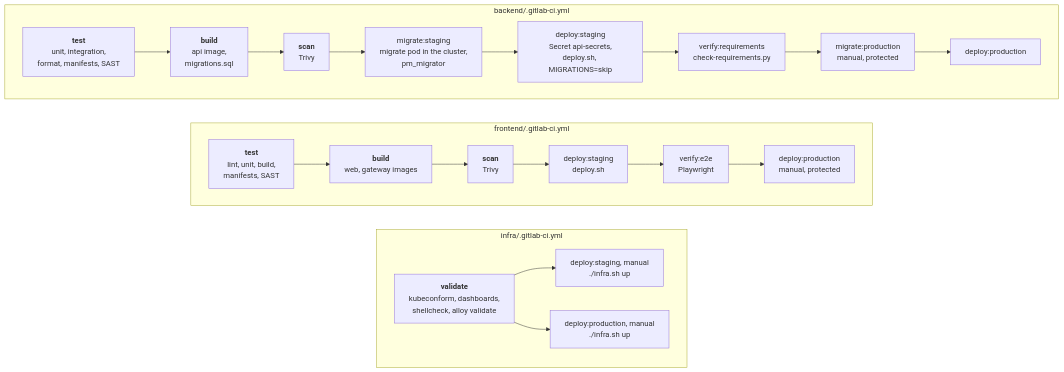
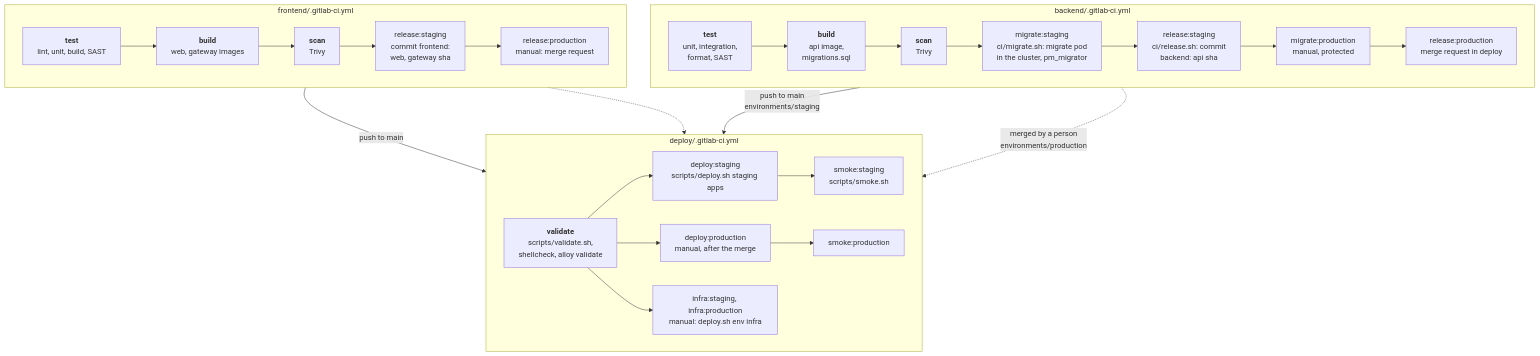
Before and after one commit to RubenCipriano/zeiss-product-management: diagram 14 of 18 in docs/flows.md, drawn with Mermaid. The commit also changed other lines of this file and 28 other files, not shown here.

First line of the commit message:
docs: describe the deploy repository and the GitOps flow

````diff
--- a/docs/flows.md
+++ b/docs/flows.md
@@ -700,30 +692,34 @@
 ```mermaid
 flowchart TB
     subgraph be["backend/.gitlab-ci.yml"]
         direction LR
-        bt["<b>test</b><br/>unit, integration,<br/>format, manifests, SAST"] --> bb["<b>build</b><br/>api image,<br/>migrations.sql"]
+        bt["<b>test</b><br/>unit, integration,<br/>format, SAST"] --> bb["<b>build</b><br/>api image,<br/>migrations.sql"]
         bb --> bs["<b>scan</b><br/>Trivy"]
-        bs --> bms["migrate:staging<br/>migrate pod in the cluster,<br/>pm_migrator"]
-        bms --> bds["deploy:staging<br/>Secret api-secrets,<br/>deploy.sh, MIGRATIONS=skip"]
-        bds --> bv["verify:requirements<br/>check-requirements.py"]
-        bv --> bmp["migrate:production<br/>manual, protected"]
-        bmp --> bdp["deploy:production"]
+        bs --> bms["migrate:staging<br/>ci/migrate.sh: migrate pod<br/>in the cluster, pm_migrator"]
+        bms --> brs["release:staging<br/>ci/release.sh: commit<br/>backend: api sha"]
+        brs --> bmp["migrate:production<br/>manual, protected"]
+        bmp --> brp["release:production<br/>merge request in deploy"]
     end
 
     subgraph fe["frontend/.gitlab-ci.yml"]
         direction LR
-        ft["<b>test</b><br/>lint, unit, build,<br/>manifests, SAST"] --> fb["<b>build</b><br/>web, gateway images"]
+        ft["<b>test</b><br/>lint, unit, build, SAST"] --> fb["<b>build</b><br/>web, gateway images"]
         fb --> fs["<b>scan</b><br/>Trivy"]
-        fs --> fds["deploy:staging<br/>deploy.sh"]
-        fds --> fv["verify:e2e<br/>Playwright"]
-        fv --> fdp["deploy:production<br/>manual, protected"]
+        fs --> frs["release:staging<br/>commit frontend:<br/>web, gateway sha"]
+        frs --> frp["release:production<br/>manual: merge request"]
     end
 
-    subgraph inf["infra/.gitlab-ci.yml"]
+    subgraph dp["deploy/.gitlab-ci.yml"]
         direction LR
-        iv["<b>validate</b><br/>kubeconform, dashboards,<br/>shellcheck, alloy validate"] --> ids["deploy:staging, manual<br/>./infra.sh up"]
-        iv --> idp["deploy:production, manual<br/>./infra.sh up"]
+        dv["<b>validate</b><br/>scripts/validate.sh,<br/>shellcheck, alloy validate"] --> dds["deploy:staging<br/>scripts/deploy.sh staging apps"]
+        dds --> dss["smoke:staging<br/>scripts/smoke.sh"]
+        dv --> ddp["deploy:production<br/>manual, after the merge"]
+        ddp --> dsp["smoke:production"]
+        dv --> di["infra:staging, infra:production<br/>manual: deploy.sh env infra"]
     end
 
-    be ~~~ fe ~~~ inf
+    brs -->|"push to main<br/>environments/staging"| dv
+    frs -->|"push to main"| dv
+    brp -.->|"merged by a person<br/>environments/production"| dv
+    frp -.-> dv
 ```
````
